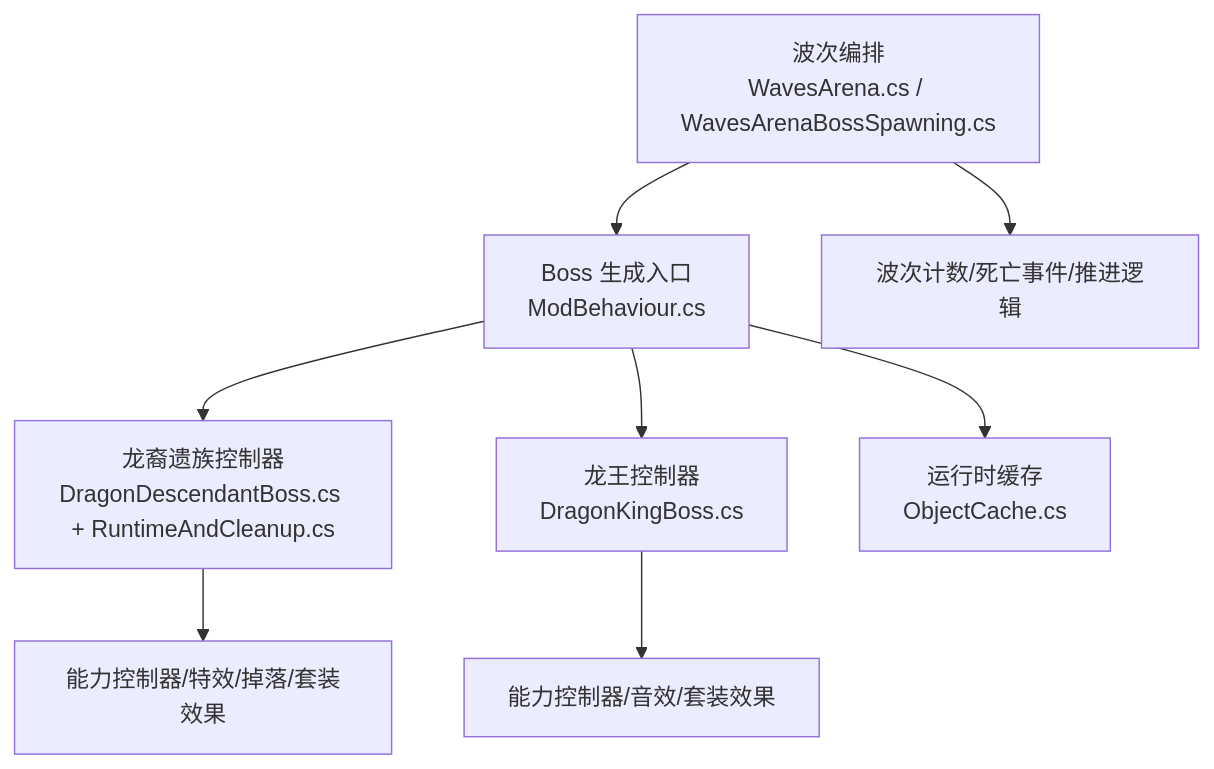
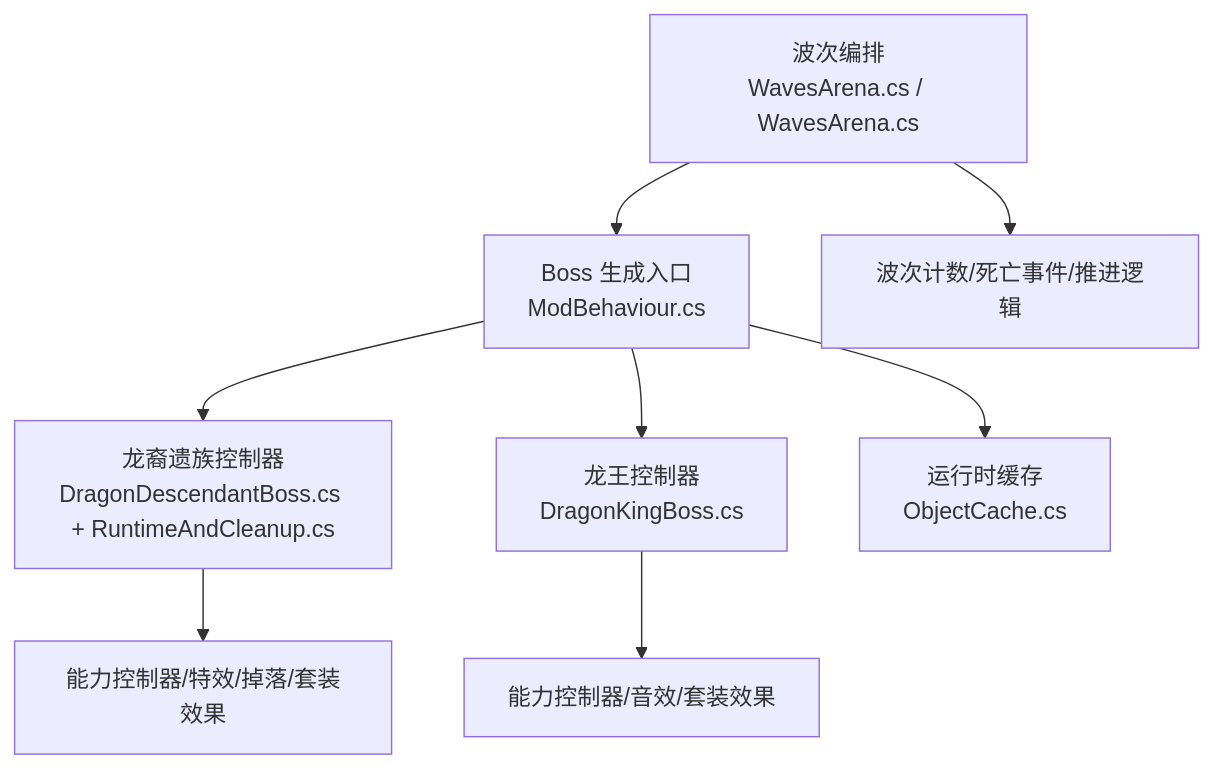
Before and after one commit to GASEN1216/BossRushMod: the first of 6 diagrams in .qoder/repowiki/zh/content/项目概览/核心功能特性/自定义 Boss 系统/Boss 框架设计/Boss 生命周期管理.md, drawn with Mermaid. The commit also changed other lines of this file and 124 other files, not shown here.

````diff
--- a/.qoder/repowiki/zh/content/项目概览/核心功能特性/自定义 Boss 系统/Boss 框架设计/Boss 生命周期管理.md
+++ b/.qoder/repowiki/zh/content/项目概览/核心功能特性/自定义 Boss 系统/Boss 框架设计/Boss 生命周期管理.md
@@ -41,10 +41,10 @@
 ```mermaid
 graph TB
-A["波次编排<br/>WavesArena.cs / WavesArenaBossSpawning.cs"] --> B["Boss 生成入口<br/>ModBehaviour.cs"]
+A["波次编排<br/>WavesArena.cs / WavesArena.cs"] --> B["Boss 生成入口<br/>ModBehaviour.cs"]
 B --> C["龙裔遗族控制器<br/>DragonDescendantBoss.cs + RuntimeAndCleanup.cs"]
 B --> D["龙王控制器<br/>DragonKingBoss.cs"]
 B --> E["运行时缓存<br/>ObjectCache.cs"]
 C --> F["能力控制器/特效/掉落/套装效果"]
 D --> G["能力控制器/音效/套装效果"]
 A --> H["波次计数/死亡事件/推进逻辑"]
 ```
````
